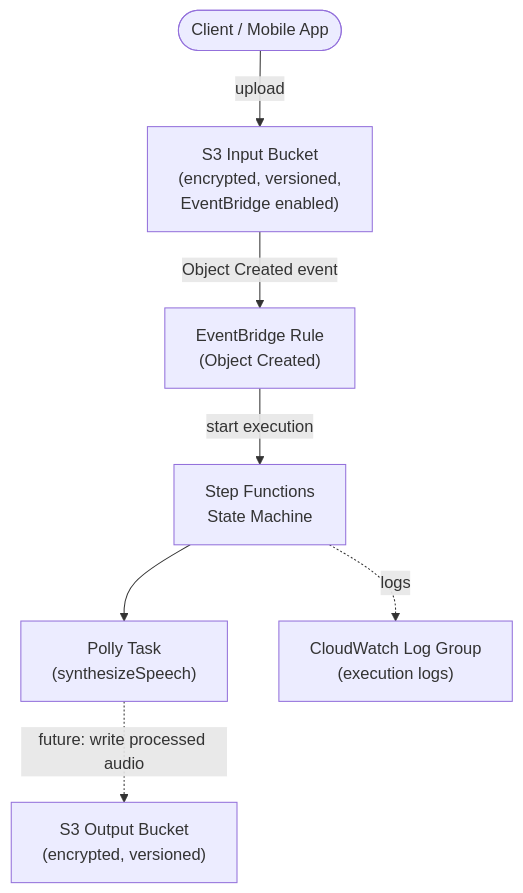
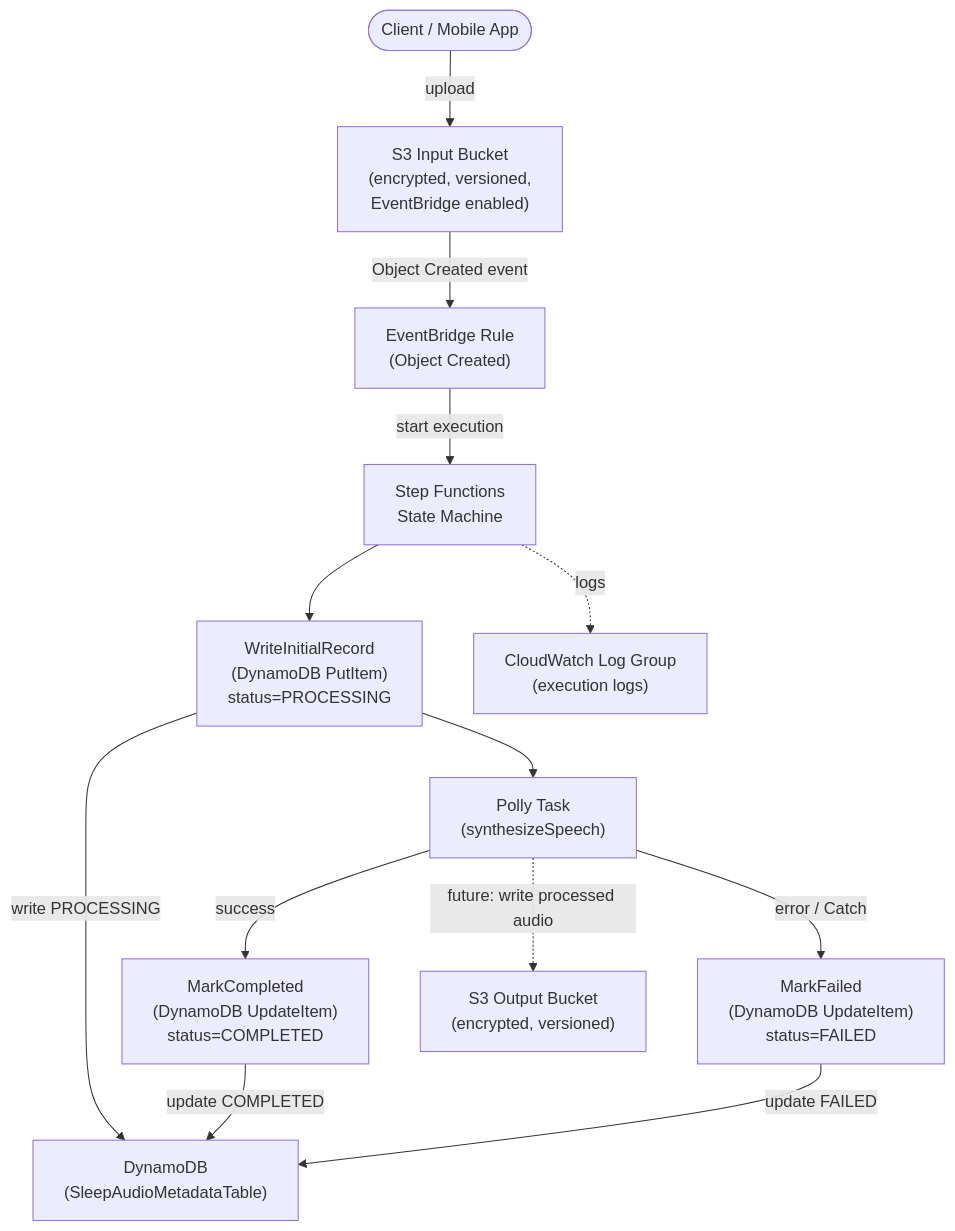
The second of 2 diagrams in ARCHITECTURE.md (obstreperous-ai/cdk-sleep-go-kiro), drawn with Mermaid before and after one commit. The commit also changed other lines of this file and 5 other files, not shown here.

First line of the commit message:
feat: add DynamoDB table and Step Functions I/O handling with error recovery

````diff
--- a/ARCHITECTURE.md
+++ b/ARCHITECTURE.md
@@ -172,18 +193,28 @@
 ```mermaid
 flowchart TD
     Client([Client / Mobile App])
 
     S3In["S3 Input Bucket\n(encrypted, versioned,\nEventBridge enabled)"]
     EB["EventBridge Rule\n(Object Created)"]
     SFN["Step Functions\nState Machine"]
+    PutItem["WriteInitialRecord\n(DynamoDB PutItem)\nstatus=PROCESSING"]
     Polly["Polly Task\n(synthesizeSpeech)"]
+    MarkCompleted["MarkCompleted\n(DynamoDB UpdateItem)\nstatus=COMPLETED"]
+    MarkFailed["MarkFailed\n(DynamoDB UpdateItem)\nstatus=FAILED"]
+    DDB["DynamoDB\n(SleepAudioMetadataTable)"]
     CWLogs["CloudWatch Log Group\n(execution logs)"]
     S3Out["S3 Output Bucket\n(encrypted, versioned)"]
 
     Client -->|upload| S3In
     S3In -->|Object Created event| EB
     EB -->|start execution| SFN
-    SFN --> Polly
+    SFN --> PutItem
+    PutItem -->|write PROCESSING| DDB
+    PutItem --> Polly
+    Polly -->|success| MarkCompleted
+    Polly -->|error / Catch| MarkFailed
+    MarkCompleted -->|update COMPLETED| DDB
+    MarkFailed -->|update FAILED| DDB
     SFN -. logs .-> CWLogs
     Polly -.->|future: write processed audio| S3Out
 ```
````
